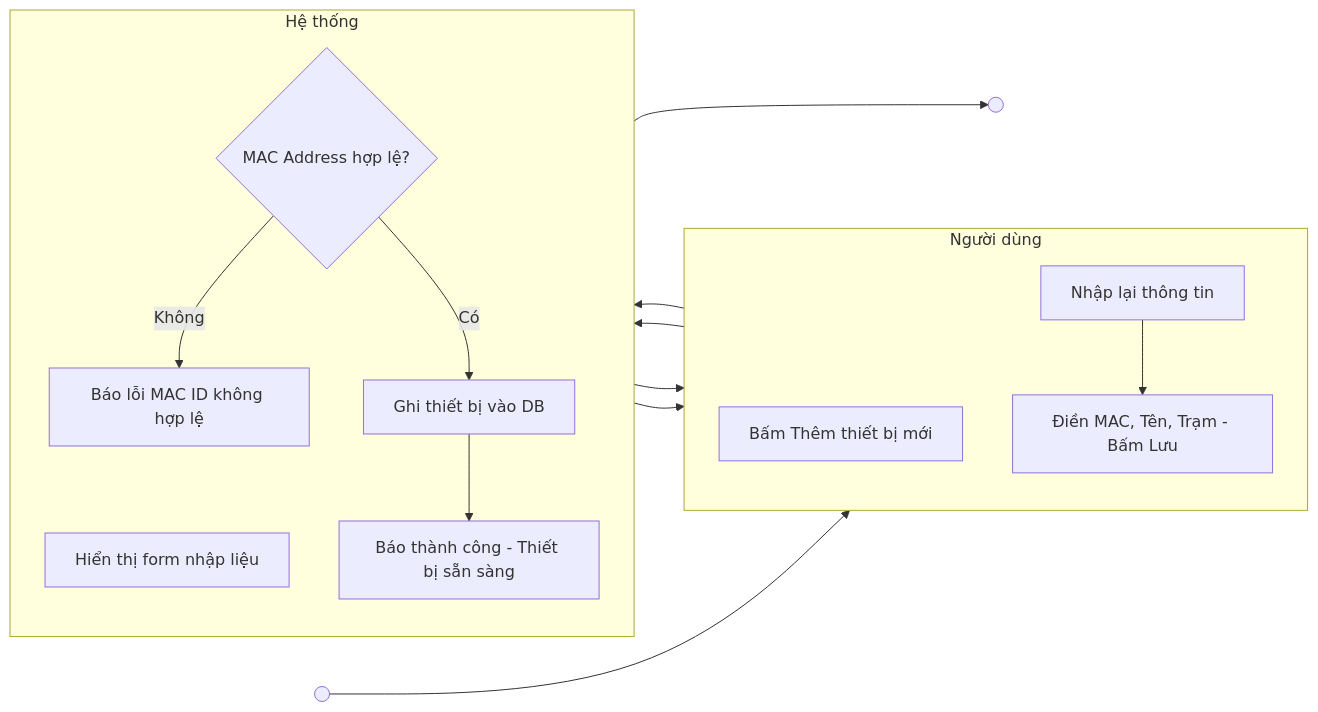
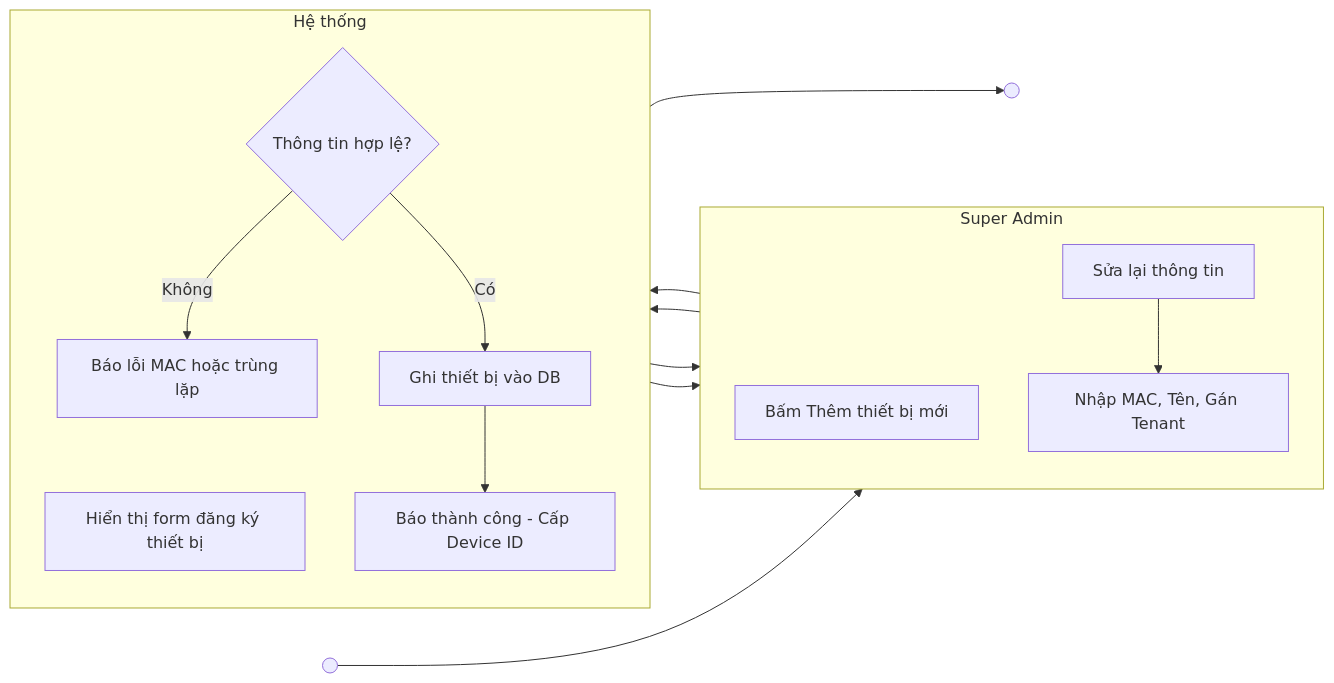
Before and after one commit to ngogiaquyen/acw-srs: diagram 12 of 18 in documents/activity-diagrams.md, drawn with Mermaid. The commit also changed other lines of this file and 23 other files, not shown here.

````diff
--- a/documents/activity-diagrams.md
+++ b/documents/activity-diagrams.md
@@ -280,20 +290,20 @@
 ```mermaid
 flowchart LR
-  subgraph ND["Người dùng"]
+  subgraph ND["Super Admin"]
     direction TB
-    a1[Bấm Thêm thiết bị mới]
-    a2[Điền MAC, Tên, Trạm - Bấm Lưu]
-    a3[Nhập lại thông tin]
+    a1["Bấm Thêm thiết bị mới"]
+    a2["Nhập MAC, Tên, Gán Tenant"]
+    a3["Sửa lại thông tin"]
   end
   subgraph HT["Hệ thống"]
     direction TB
-    b1[Hiển thị form nhập liệu]
-    b2{MAC Address hợp lệ?}
-    b3[Báo lỗi MAC ID không hợp lệ]
-    b4[Ghi thiết bị vào DB]
-    b5[Báo thành công - Thiết bị sẵn sàng]
+    b1["Hiển thị form đăng ký thiết bị"]
+    b2{"Thông tin hợp lệ?"}
+    b3["Báo lỗi MAC hoặc trùng lặp"]
+    b4["Ghi thiết bị vào DB"]
+    b5["Báo thành công - Cấp Device ID"]
   end
   S(( )) --> a1 --> b1 --> a2 --> b2
-  b2 -->|Không| b3 --> a3 --> a2
-  b2 -->|Có| b4 --> b5 --> E(( ))
+  b2 -->|"Không"| b3 --> a3 --> a2
+  b2 -->|"Có"| b4 --> b5 --> E(( ))
 ```
````
